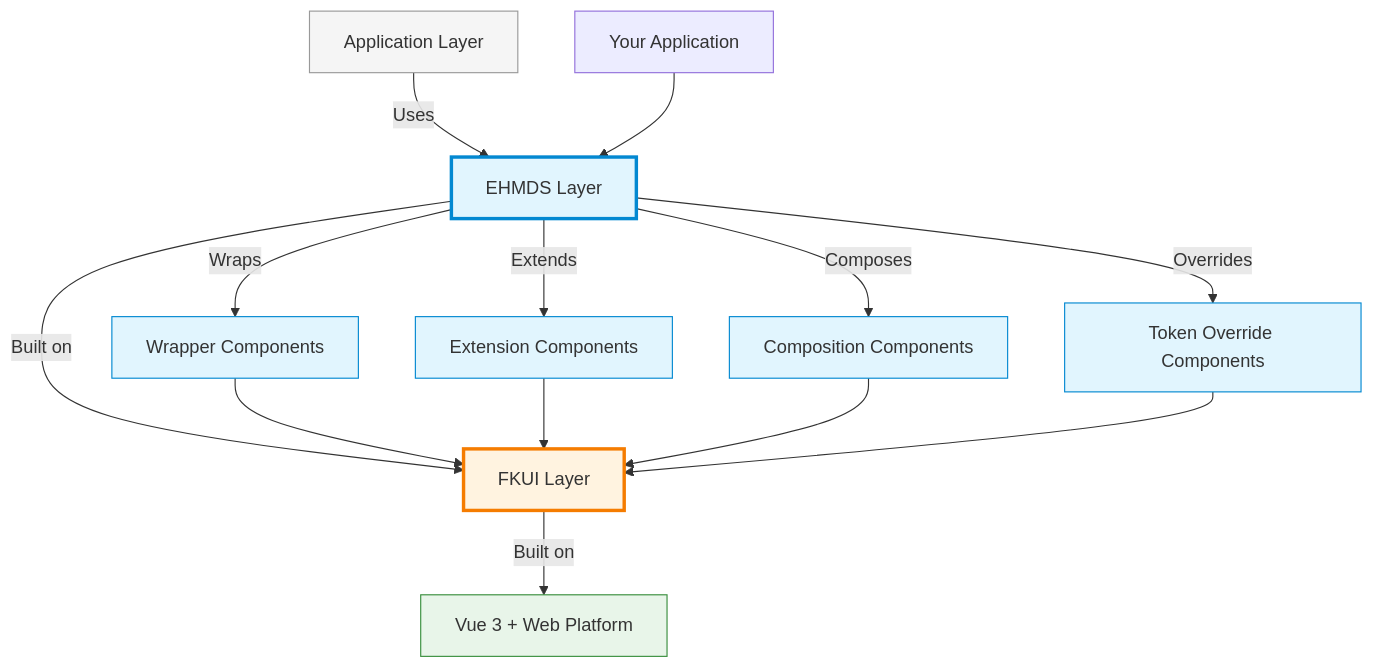
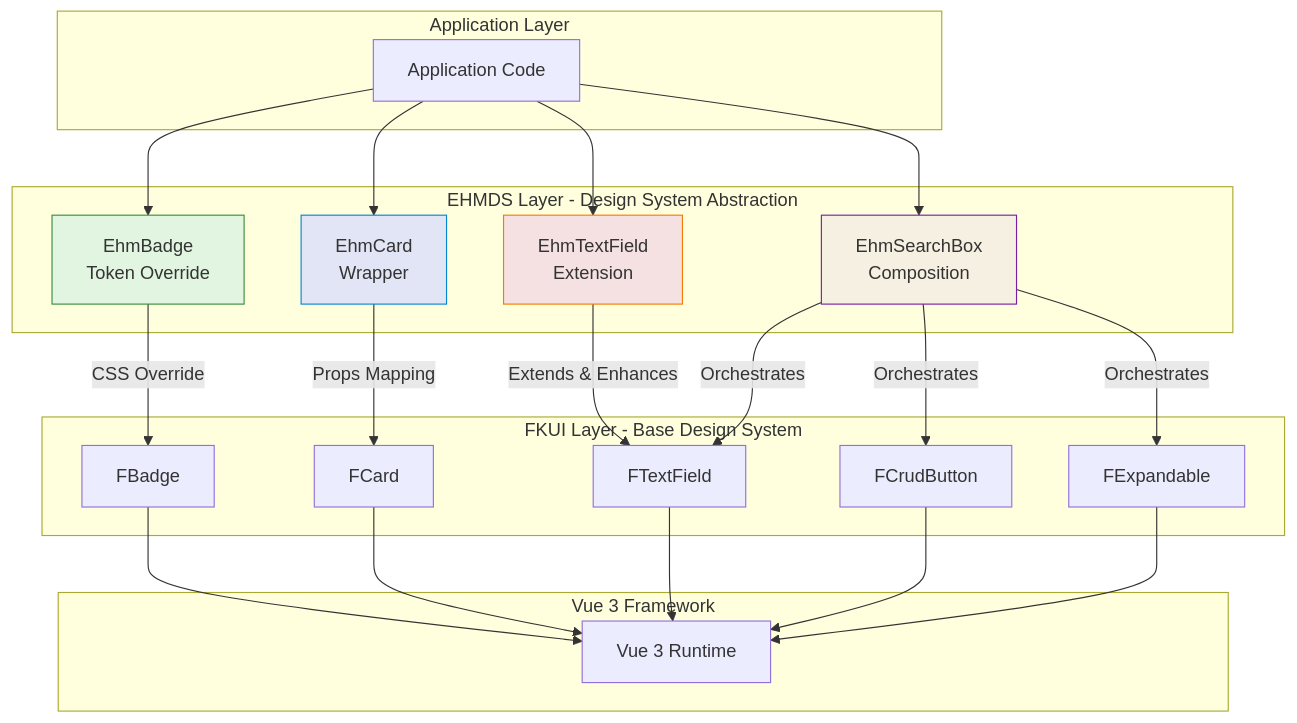
One commit to pattespatte/ehmds-on-fkui-test changed the first of 2 diagrams in docs/architecture/overview.md. Above: the diagram before and after it, drawn with Mermaid. The commit also changed other lines of this file and 16 other files, not shown here.

First line of the commit message:
Implement architectural feedback improvements

````diff
--- a/docs/architecture/overview.md
+++ b/docs/architecture/overview.md
@@ -13,26 +13,48 @@
 ```mermaid
-graph TD
-    App[Application Layer] -->|Uses| EHMDS[EHMDS Layer]
-    EHMDS -->|Built on| FKUI[FKUI Layer]
-    FKUI -->|Built on| Platform[Vue 3 + Web Platform]
+graph TB
+    subgraph "Application Layer"
+        App[Application Code]
+    end
 
-    App2[Your Application] --> EHMDS
-    EHMDS -->|Wraps| Wrapper[Wrapper Components]
-    EHMDS -->|Extends| Extension[Extension Components]
-    EHMDS -->|Composes| Composition[Composition Components]
-    EHMDS -->|Overrides| Token[Token Override Components]
+    subgraph "EHMDS Layer - Design System Abstraction"
+        EhmBadge[EhmBadge<br/>Token Override]
+        EhmCard[EhmCard<br/>Wrapper]
+        EhmTextField[EhmTextField<br/>Extension]
+        EhmSearchBox[EhmSearchBox<br/>Composition]
+    end
 
-    Wrapper --> FKUI
-    Extension --> FKUI
-    Composition --> FKUI
-    Token --> FKUI
+    subgraph "FKUI Layer - Base Design System"
+        FBadge[FBadge]
+        FCard[FCard]
+        FTextField[FTextField]
+        FCrudButton[FCrudButton]
+        FExpandable[FExpandable]
+    end
 
-    style App fill:#f5f5f5,stroke:#999
-    style EHMDS fill:#e1f5fe,stroke:#0288d1,stroke-width:3px
-    style FKUI fill:#fff3e0,stroke:#f57c00,stroke-width:3px
-    style Platform fill:#e8f5e9,stroke:#388e3c
-    style Wrapper fill:#e1f5fe,stroke:#0288d1
-    style Extension fill:#e1f5fe,stroke:#0288d1
-    style Composition fill:#e1f5fe,stroke:#0288d1
-    style Token fill:#e1f5fe,stroke:#0288d1
+    subgraph "Vue 3 Framework"
+        Vue[Vue 3 Runtime]
+    end
+
+    App --> EhmBadge
+    App --> EhmCard
+    App --> EhmTextField
+    App --> EhmSearchBox
+
+    EhmBadge -->|CSS Override| FBadge
+    EhmCard -->|Props Mapping| FCard
+    EhmTextField -->|Extends & Enhances| FTextField
+    EhmSearchBox -->|Orchestrates| FTextField
+    EhmSearchBox -->|Orchestrates| FCrudButton
+    EhmSearchBox -->|Orchestrates| FExpandable
+
+    FBadge --> Vue
+    FCard --> Vue
+    FTextField --> Vue
+    FCrudButton --> Vue
+    FExpandable --> Vue
+
+    style EhmBadge fill:#e1f5e1,stroke:#388e3c
+    style EhmCard fill:#e1e5f5,stroke:#0288d1
+    style EhmTextField fill:#f5e1e1,stroke:#f57c00
+    style EhmSearchBox fill:#f5f0e1,stroke:#7b1fa2
 ```
````
